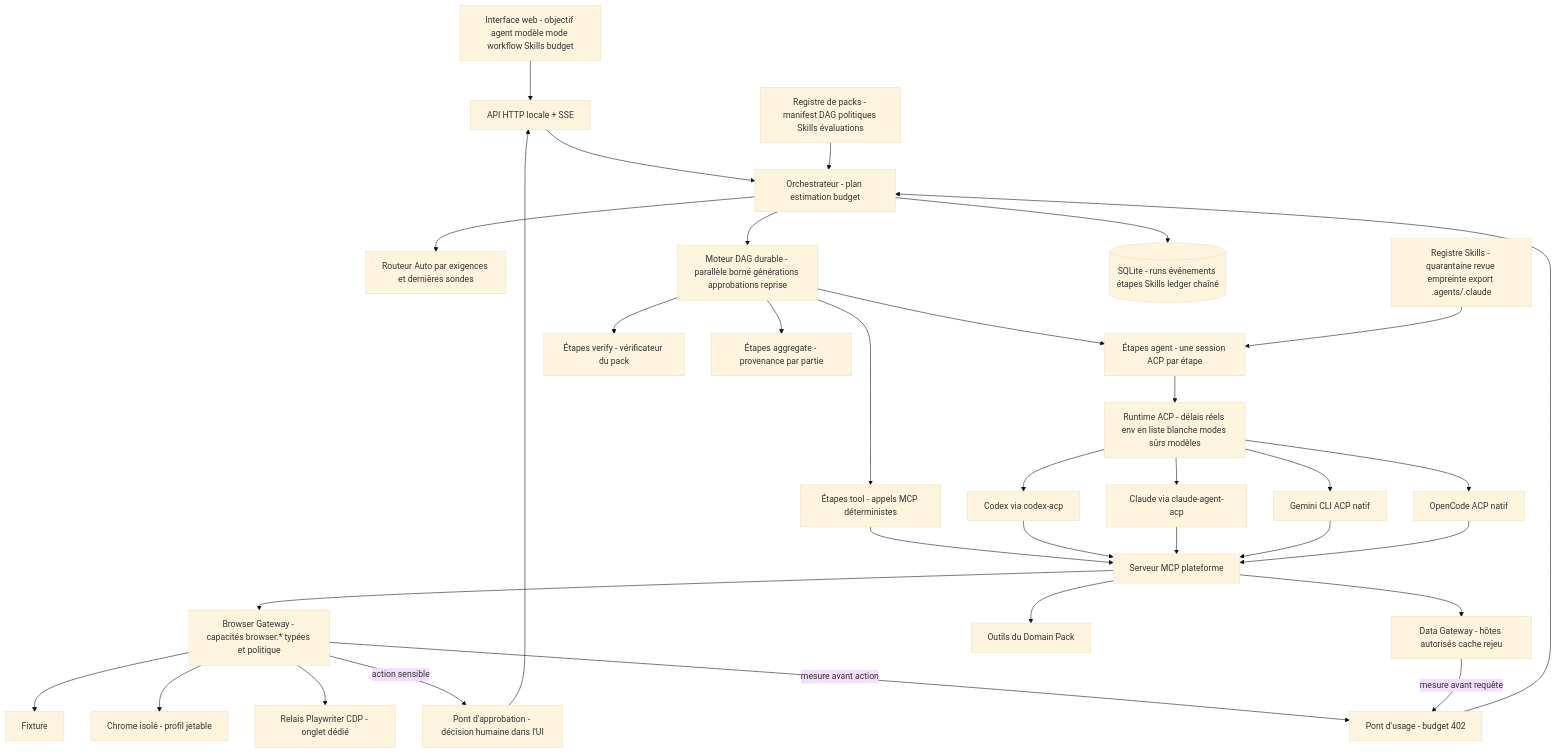
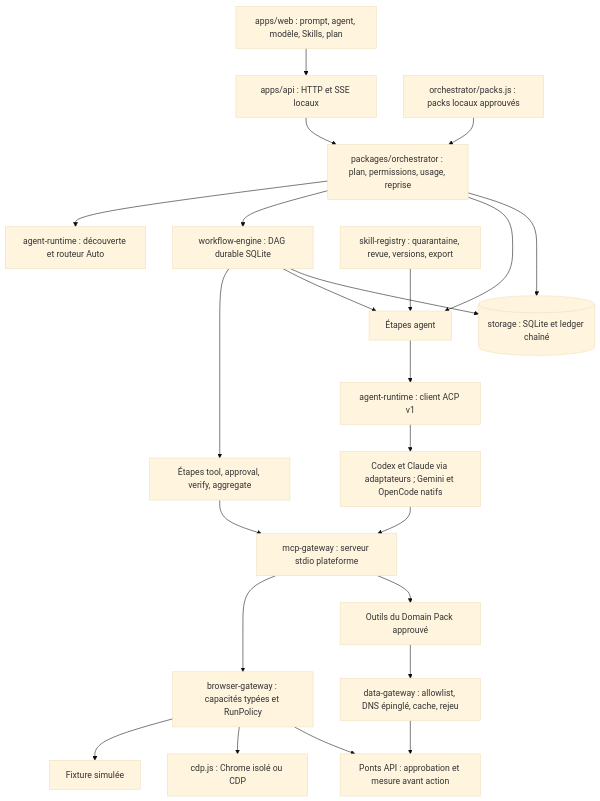
One commit to bachirdw/agregat-back-git changed the first of 3 diagrams in docs/architecture.md. Above: the diagram before and after it, drawn with Mermaid (base theme). The commit also changed other lines of this file and 36 other files, not shown here.

First line of the commit message:
[docs-01] Documentation alignée sur le code : architecture (Mermaid validé), ADR 006 à jour, ADR 008 mode propriétaire, recherche, plan MVP, FINAL, README, passation

````diff
--- a/docs/architecture.md
+++ b/docs/architecture.md
@@ -11,35 +12,25 @@
 ```mermaid
 flowchart TD
-  UI[Interface web - objectif agent modèle mode workflow Skills budget] --> API[API HTTP locale + SSE]
-  API --> ORCH[Orchestrateur - plan estimation budget]
-  ORCH --> ROUTER[Routeur Auto par exigences et dernières sondes]
-  ORCH --> ENGINE[Moteur DAG durable - parallèle borné générations approbations reprise]
-  ENGINE --> TOOLX[Étapes tool - appels MCP déterministes]
-  ENGINE --> AGENTX[Étapes agent - une session ACP par étape]
-  ENGINE --> VERIFY[Étapes verify - vérificateur du pack]
-  ENGINE --> AGG[Étapes aggregate - provenance par partie]
-  AGENTX --> ACP[Runtime ACP - délais réels env en liste blanche modes sûrs modèles]
-  ACP --> CX[Codex via codex-acp]
-  ACP --> CL[Claude via claude-agent-acp]
-  ACP --> GE[Gemini CLI ACP natif]
-  ACP --> OC[OpenCode ACP natif]
-  TOOLX --> MCP[Serveur MCP plateforme]
-  CX --> MCP
-  CL --> MCP
-  GE --> MCP
-  OC --> MCP
-  MCP --> BGW[Browser Gateway - capacités browser.* typées et politique]
-  MCP --> DGW[Data Gateway - hôtes autorisés cache rejeu]
-  MCP --> PACK[Outils du Domain Pack]
-  BGW --> FIX[Fixture]
-  BGW --> ISO[Chrome isolé - profil jetable]
-  BGW --> PWR[Relais Playwriter CDP - onglet dédié]
-  BGW -- action sensible --> APPROVE[Pont d'approbation - décision humaine dans l'UI]
-  BGW -- mesure avant action --> USAGE[Pont d'usage - budget 402]
-  DGW -- mesure avant requête --> USAGE
-  APPROVE --> API
-  USAGE --> ORCH
-  SKILLS[Registre Skills - quarantaine revue empreinte export .agents/.claude] --> AGENTX
-  PACKS[Registre de packs - manifest DAG politiques Skills évaluations] --> ORCH
-  ORCH --> DB[(SQLite - runs événements étapes Skills ledger chaîné)]
+  UI["apps/web : prompt, agent, modèle, Skills, plan"] --> API["apps/api : HTTP et SSE locaux"]
+  API --> ORCH["packages/orchestrator : plan, permissions, usage, reprise"]
+  ORCH --> ROUTER["agent-runtime : découverte et routeur Auto"]
+  ORCH --> DAG["workflow-engine : DAG durable SQLite"]
+  DAG --> TOOL["Étapes tool, approval, verify, aggregate"]
+  DAG --> AGENT["Étapes agent"]
+  ORCH --> AGENT
+  AGENT --> ACP["agent-runtime : client ACP v1"]
+  ACP --> CLI["Codex et Claude via adaptateurs ; Gemini et OpenCode natifs"]
+  CLI --> MCP["mcp-gateway : serveur stdio plateforme"]
+  TOOL --> MCP
+  MCP --> BG["browser-gateway : capacités typées et RunPolicy"]
+  MCP --> PACK["Outils du Domain Pack approuvé"]
+  PACK --> DG["data-gateway : allowlist, DNS épinglé, cache, rejeu"]
+  BG --> FIX["Fixture simulée"]
+  BG --> CDP["cdp.js : Chrome isolé ou CDP"]
+  BG --> BRIDGE["Ponts API : approbation et mesure avant action"]
+  DG --> BRIDGE
+  SK["skill-registry : quarantaine, revue, versions, export"] --> AGENT
+  REG["orchestrator/packs.js : packs locaux approuvés"] --> ORCH
+  ORCH --> DB[("storage : SQLite et ledger chaîné")]
+  DAG --> DB
 ```
````
